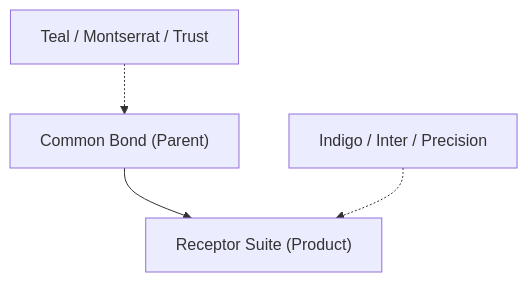
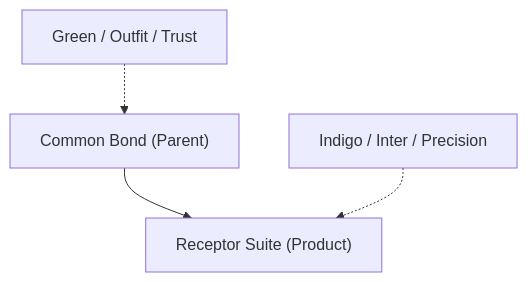
Before and after one commit to dm-ra-01/doco-common-bond: the diagram in docs/strategy/brand/index.md, drawn with Mermaid. The commit also changed other lines of this file and 51 other files, not shown here.

````diff
--- a/docs/strategy/brand/index.md
+++ b/docs/strategy/brand/index.md
@@ -22,6 +22,6 @@
 ```mermaid
 graph TD
     CB["Common Bond (Parent)"] --> R["Receptor Suite (Product)"]
-    CB_Identity["Teal / Montserrat / Trust"] -.-> CB
+    CB_Identity["Green / Outfit / Trust"] -.-> CB
     R_Identity["Indigo / Inter / Precision"] -.-> R
 ```
````
